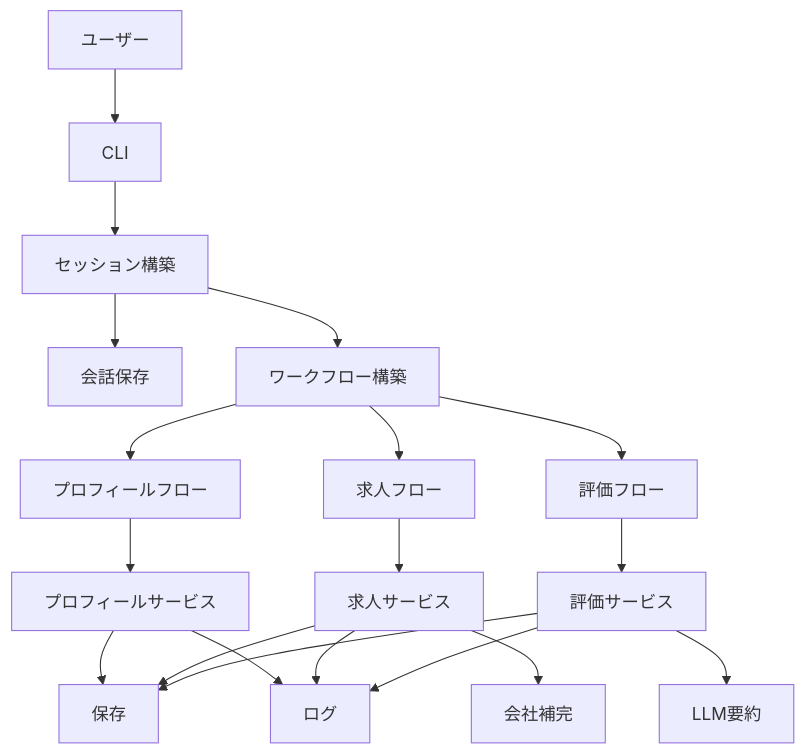
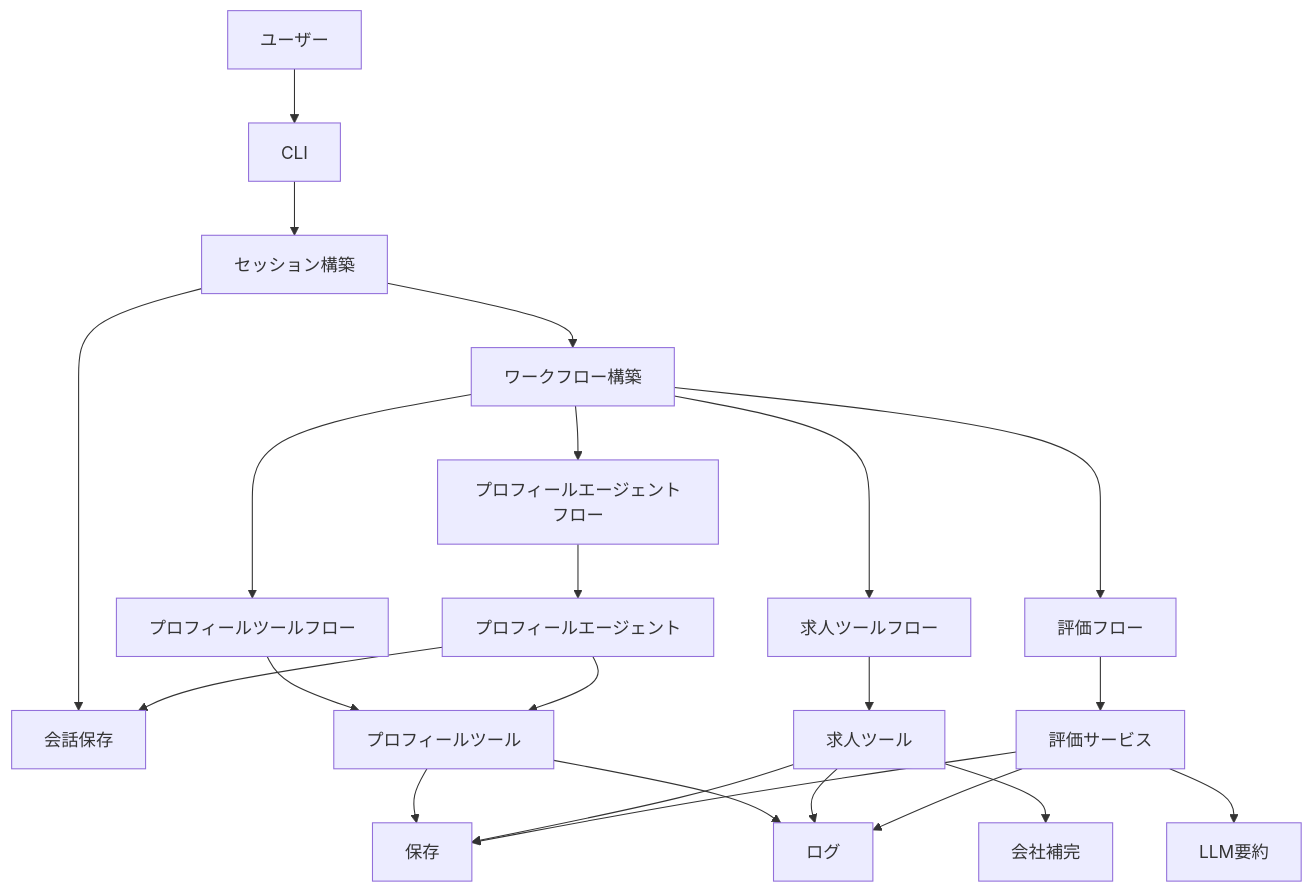
Before and after one commit to n4cl/career-agent: the first of 4 diagrams in .kiro/specs/agent-core/design.md, drawn with Mermaid. The commit also changed other lines of this file and 3 other files, not shown here.

````diff
--- a/.kiro/specs/agent-core/design.md
+++ b/.kiro/specs/agent-core/design.md
@@ -51,21 +51,25 @@
 ```mermaid
 graph TB
     User[ユーザー] --> CLIApp[CLI]
     CLIApp --> SessionBuilder[セッション構築]
     SessionBuilder --> ConversationStore[会話保存]
     SessionBuilder --> WorkflowBuilder[ワークフロー構築]
-    WorkflowBuilder --> ProfileWorkflow[プロフィールフロー]
-    WorkflowBuilder --> JobWorkflow[求人フロー]
+    WorkflowBuilder --> ProfileAgentWorkflow[プロフィールエージェントフロー]
+    WorkflowBuilder --> ProfileToolWorkflow[プロフィールツールフロー]
+    WorkflowBuilder --> JobToolWorkflow[求人ツールフロー]
     WorkflowBuilder --> EvaluateWorkflow[評価フロー]
-    ProfileWorkflow --> ProfileService[プロフィールサービス]
-    JobWorkflow --> JobService[求人サービス]
+    ProfileAgentWorkflow --> ProfileAgent[プロフィールエージェント]
+    ProfileToolWorkflow --> ProfileTool[プロフィールツール]
+    JobToolWorkflow --> JobTool[求人ツール]
+    ProfileAgent --> ProfileTool
+    ProfileAgent --> ConversationStore
     EvaluateWorkflow --> EvaluateService[評価サービス]
-    JobService --> CompanyEnrichment[会社補完]
-    ProfileService --> Storage[保存]
-    JobService --> Storage
+    JobTool --> CompanyEnrichment[会社補完]
+    ProfileTool --> Storage[保存]
+    JobTool --> Storage
     EvaluateService --> Storage
     EvaluateService --> LLMService[LLM要約]
-    ProfileService --> Logger[ログ]
-    JobService --> Logger
+    ProfileTool --> Logger[ログ]
+    JobTool --> Logger
     EvaluateService --> Logger
 ```
````
